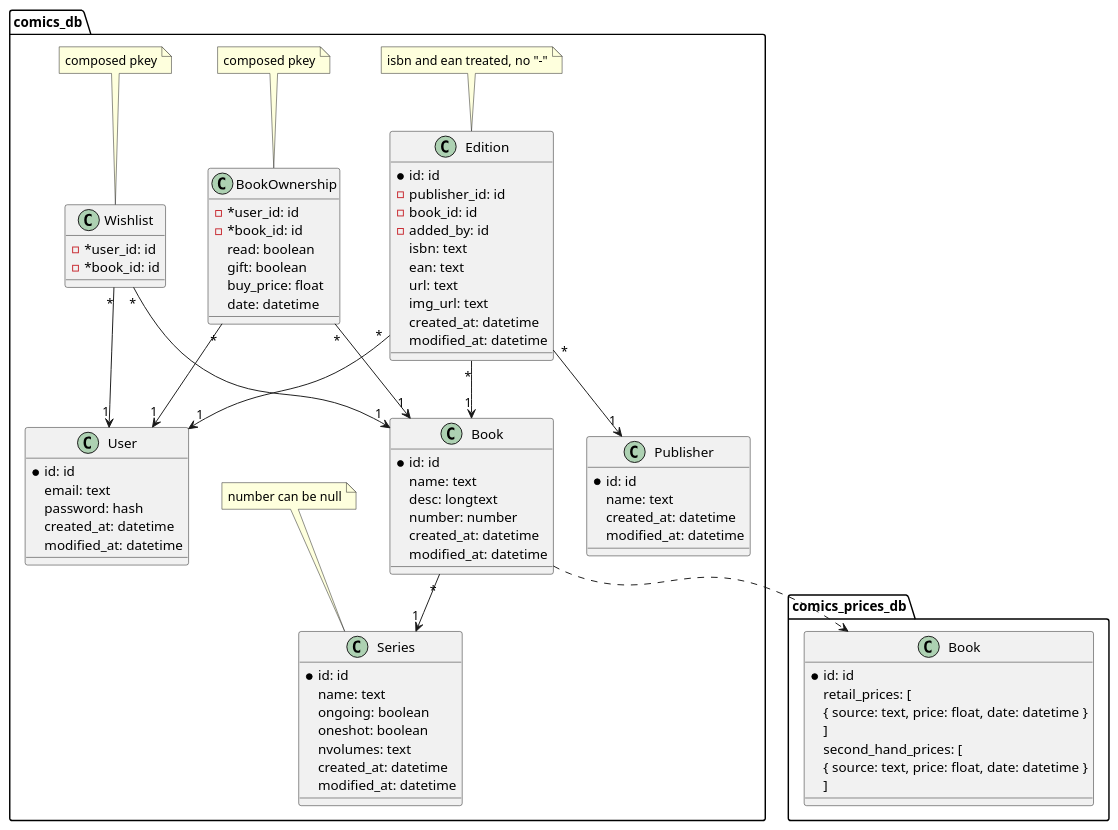
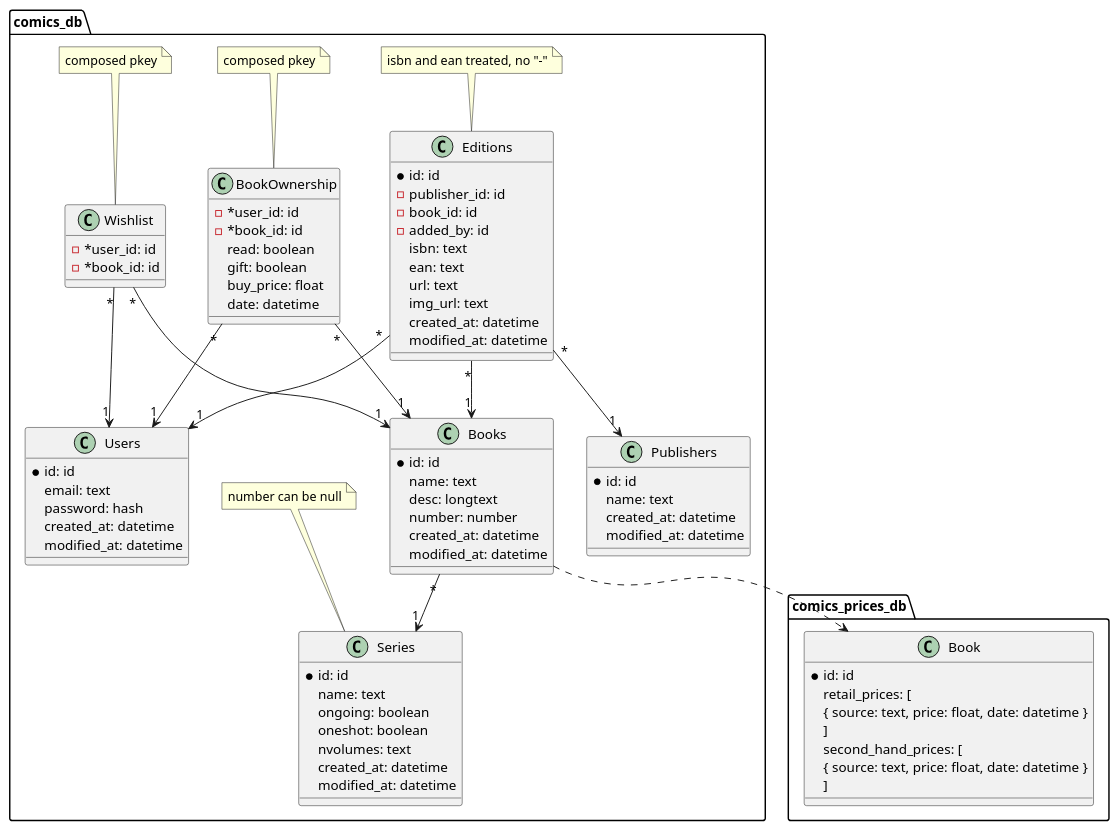
One commit to StutenEXE/comics-engineering changed the diagram in db/mcd.puml. Above: the diagram before and after it, drawn with PlantUML. The commit also changed 2 other files, not shown here.

```diff
--- a/db/mcd.puml
+++ b/db/mcd.puml
@@ -1,96 +1,96 @@
 @startuml mcd comics engineering
 
 package comics_db {
-    class User {
+    class Users {
         *id: id
         email: text
         password: hash
         created_at: datetime
         modified_at: datetime
     }
 
-    class Book {
+    class Books {
         *id: id
         name: text
         desc: longtext
         number: number
         created_at: datetime
         modified_at: datetime
     }
 
-    class Edition {
+    class Editions {
         *id: id
         -publisher_id: id
         -book_id: id
         -added_by: id
         isbn: text
         ean: text
         url: text
         img_url: text
         created_at: datetime
         modified_at: datetime
     }
     note top: isbn and ean treated, no "-"
 
     class Series {
         *id: id
         name: text
         ongoing: boolean
         oneshot: boolean
         nvolumes: text
         created_at: datetime
         modified_at: datetime
     }
     note top: number can be null
 
-    class Publisher {
+    class Publishers {
         *id: id
         name: text
         created_at: datetime
         modified_at: datetime
     }
 	
 	class BookOwnership {
         - *user_id: id
         - *book_id: id
         read: boolean
         gift: boolean
         buy_price: float
         date: datetime
     }
     note top: composed pkey
 
     class Wishlist {
         - *user_id: id
         - *book_id: id
     }
     note top: composed pkey
 }
 
 package comics_prices_db {
     class Book {
         *id: id
         retail_prices: [
             { source: text, price: float, date: datetime }
         ]
         second_hand_prices: [
             { source: text, price: float, date: datetime }
         ]
     }
 }
 
-BookOwnership "*" --> "1" comics_db.Book
-BookOwnership "*" --> "1" User
+BookOwnership "*" --> "1" comics_db.Books
+BookOwnership "*" --> "1" Users
 
-Wishlist "*" --> "1" comics_db.Book
-Wishlist "*" --> "1" User
+Wishlist "*" --> "1" comics_db.Books
+Wishlist "*" --> "1" Users
 
-Edition "*" --> "1" comics_db.Book
-Edition "*" --> "1" Publisher
-Edition "*" --> "1" User
+Editions "*" --> "1" comics_db.Books
+Editions "*" --> "1" Publishers
+Editions "*" --> "1" Users
 
-comics_db.Book "*" --> "1" Series
+comics_db.Books "*" --> "1" Series
 
-comics_db.Book ..> comics_prices_db.Book
+comics_db.Books ..> comics_prices_db.Book
 
 @enduml
```
